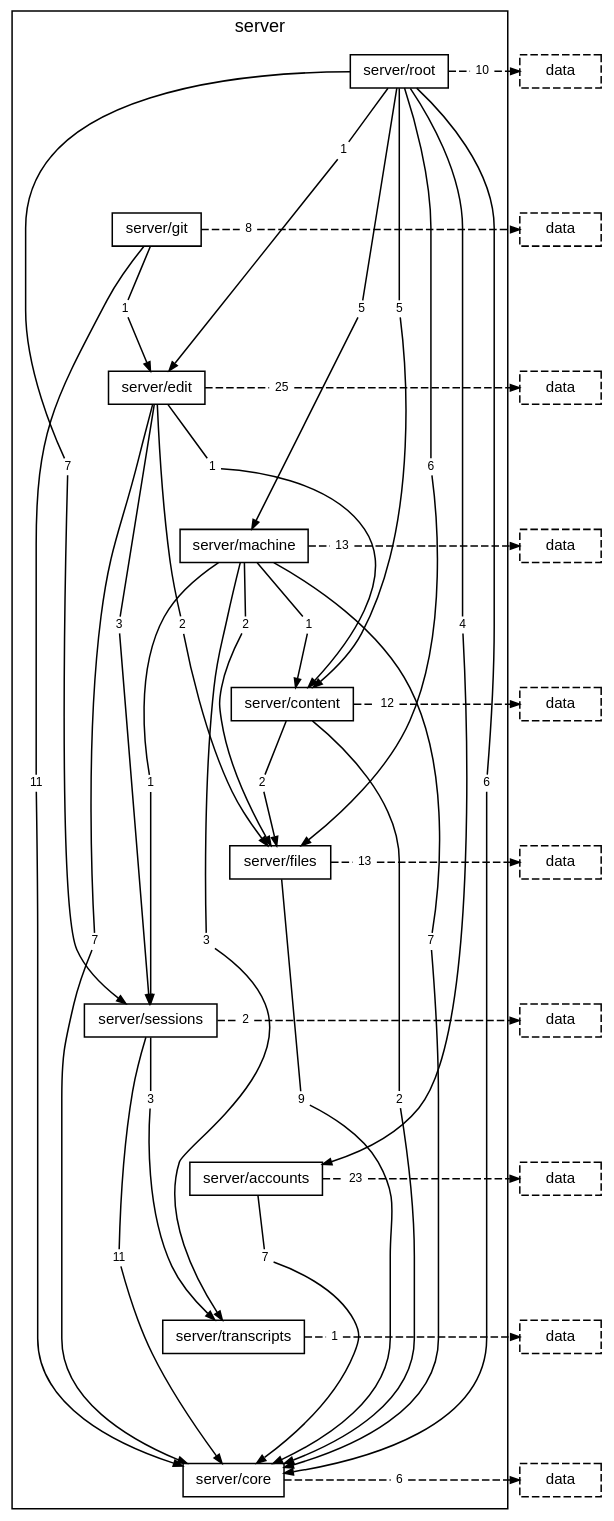
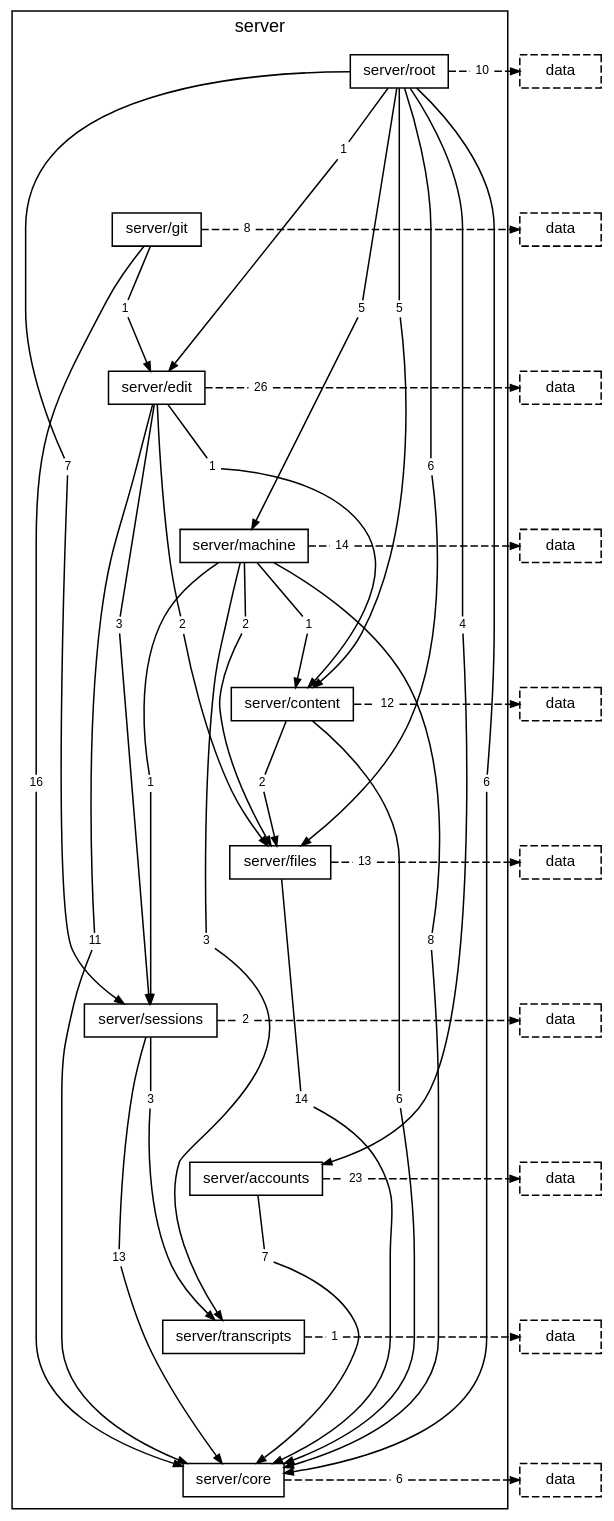
The diagram in docs/diagrams/layer-server.dot (TheAxeC/oculus), drawn with Graphviz before and after one commit. The commit also changed 101 other files, not shown here.

```diff
--- a/docs/diagrams/layer-server.dot
+++ b/docs/diagrams/layer-server.dot
@@ -22,26 +22,26 @@
         "folder server/root to folder server/machine" [label="5", shape=box, color="transparent", fontsize=8, width=0, height=0, margin="0.04,0.02"];
         "folder server/root to folder server/sessions" [label="7", shape=box, color="transparent", fontsize=8, width=0, height=0, margin="0.04,0.02"];
         "folder server/root to layer data" [label="10", shape=box, color="transparent", fontsize=8, width=0, height=0, margin="0.04,0.02"];
-        "folder server/git to folder server/core" [label="11", shape=box, color="transparent", fontsize=8, width=0, height=0, margin="0.04,0.02"];
+        "folder server/git to folder server/core" [label="16", shape=box, color="transparent", fontsize=8, width=0, height=0, margin="0.04,0.02"];
         "folder server/git to folder server/edit" [label="1", shape=box, color="transparent", fontsize=8, width=0, height=0, margin="0.04,0.02"];
         "folder server/git to layer data" [label="8", shape=box, color="transparent", fontsize=8, width=0, height=0, margin="0.04,0.02"];
         "folder server/edit to folder server/content" [label="1", shape=box, color="transparent", fontsize=8, width=0, height=0, margin="0.04,0.02"];
-        "folder server/edit to folder server/core" [label="7", shape=box, color="transparent", fontsize=8, width=0, height=0, margin="0.04,0.02"];
+        "folder server/edit to folder server/core" [label="11", shape=box, color="transparent", fontsize=8, width=0, height=0, margin="0.04,0.02"];
         "folder server/edit to folder server/files" [label="2", shape=box, color="transparent", fontsize=8, width=0, height=0, margin="0.04,0.02"];
         "folder server/edit to folder server/sessions" [label="3", shape=box, color="transparent", fontsize=8, width=0, height=0, margin="0.04,0.02"];
-        "folder server/edit to layer data" [label="25", shape=box, color="transparent", fontsize=8, width=0, height=0, margin="0.04,0.02"];
+        "folder server/edit to layer data" [label="26", shape=box, color="transparent", fontsize=8, width=0, height=0, margin="0.04,0.02"];
         "folder server/machine to folder server/content" [label="1", shape=box, color="transparent", fontsize=8, width=0, height=0, margin="0.04,0.02"];
-        "folder server/machine to folder server/core" [label="7", shape=box, color="transparent", fontsize=8, width=0, height=0, margin="0.04,0.02"];
+        "folder server/machine to folder server/core" [label="8", shape=box, color="transparent", fontsize=8, width=0, height=0, margin="0.04,0.02"];
         "folder server/machine to folder server/files" [label="2", shape=box, color="transparent", fontsize=8, width=0, height=0, margin="0.04,0.02"];
         "folder server/machine to folder server/sessions" [label="1", shape=box, color="transparent", fontsize=8, width=0, height=0, margin="0.04,0.02"];
         "folder server/machine to folder server/transcripts" [label="3", shape=box, color="transparent", fontsize=8, width=0, height=0, margin="0.04,0.02"];
-        "folder server/machine to layer data" [label="13", shape=box, color="transparent", fontsize=8, width=0, height=0, margin="0.04,0.02"];
-        "folder server/content to folder server/core" [label="2", shape=box, color="transparent", fontsize=8, width=0, height=0, margin="0.04,0.02"];
+        "folder server/machine to layer data" [label="14", shape=box, color="transparent", fontsize=8, width=0, height=0, margin="0.04,0.02"];
+        "folder server/content to folder server/core" [label="6", shape=box, color="transparent", fontsize=8, width=0, height=0, margin="0.04,0.02"];
         "folder server/content to folder server/files" [label="2", shape=box, color="transparent", fontsize=8, width=0, height=0, margin="0.04,0.02"];
         "folder server/content to layer data" [label="12", shape=box, color="transparent", fontsize=8, width=0, height=0, margin="0.04,0.02"];
-        "folder server/files to folder server/core" [label="9", shape=box, color="transparent", fontsize=8, width=0, height=0, margin="0.04,0.02"];
+        "folder server/files to folder server/core" [label="14", shape=box, color="transparent", fontsize=8, width=0, height=0, margin="0.04,0.02"];
         "folder server/files to layer data" [label="13", shape=box, color="transparent", fontsize=8, width=0, height=0, margin="0.04,0.02"];
-        "folder server/sessions to folder server/core" [label="11", shape=box, color="transparent", fontsize=8, width=0, height=0, margin="0.04,0.02"];
+        "folder server/sessions to folder server/core" [label="13", shape=box, color="transparent", fontsize=8, width=0, height=0, margin="0.04,0.02"];
         "folder server/sessions to folder server/transcripts" [label="3", shape=box, color="transparent", fontsize=8, width=0, height=0, margin="0.04,0.02"];
         "folder server/sessions to layer data" [label="2", shape=box, color="transparent", fontsize=8, width=0, height=0, margin="0.04,0.02"];
         "folder server/accounts to folder server/core" [label="7", shape=box, color="transparent", fontsize=8, width=0, height=0, margin="0.04,0.02"];
```
